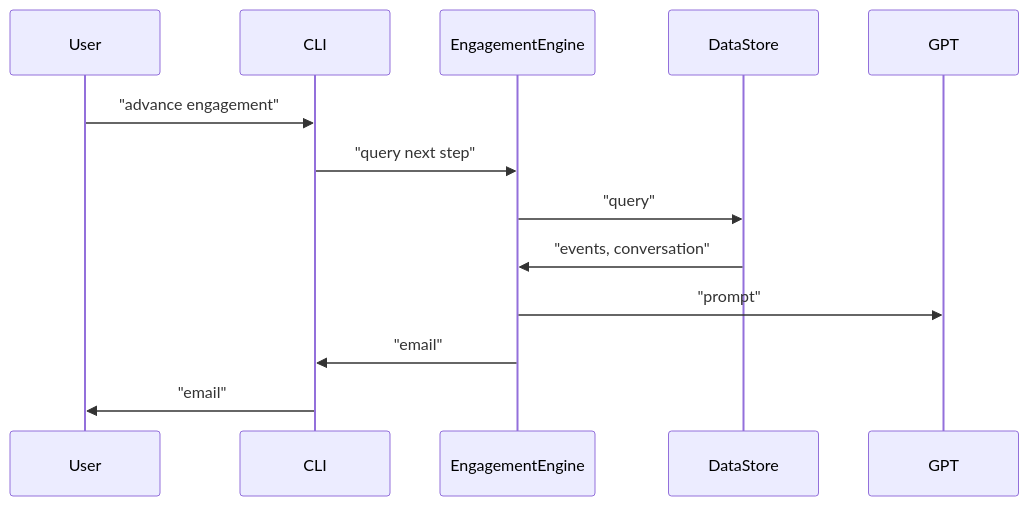
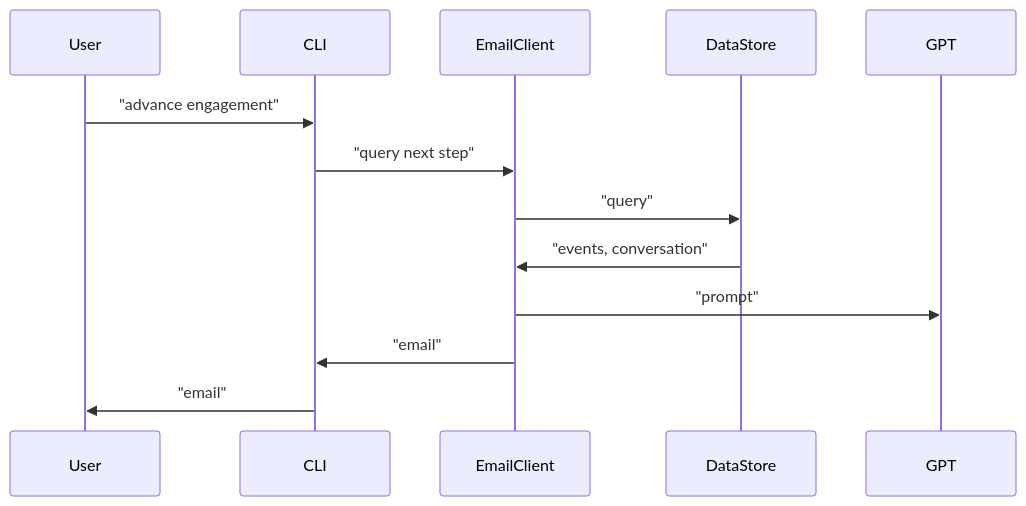
The third of 3 diagrams in README.md (alexpotashnik/email-agent), drawn with Mermaid before and after one commit. The commit also changed other lines of this file, not shown here.

````diff
--- a/README.md
+++ b/README.md
@@ -84,17 +84,17 @@
 ```mermaid
 sequenceDiagram 
   participant User
   participant CLI
-  participant EngagementEngine
+  participant EmailClient
   participant DataStore
   participant GPT
 
   User->>CLI: "advance engagement"
-  CLI->>EngagementEngine: "query next step"
-  EngagementEngine->>DataStore: "query"
-  DataStore->>EngagementEngine: "events, conversation"
-  EngagementEngine->>GPT: "prompt"
-  EngagementEngine->>CLI: "email"
+  CLI->>EmailClient: "query next step"
+  EmailClient->>DataStore: "query"
+  DataStore->>EmailClient: "events, conversation"
+  EmailClient->>GPT: "prompt"
+  EmailClient->>CLI: "email"
   CLI->>User: "email"
 
 ```
````
